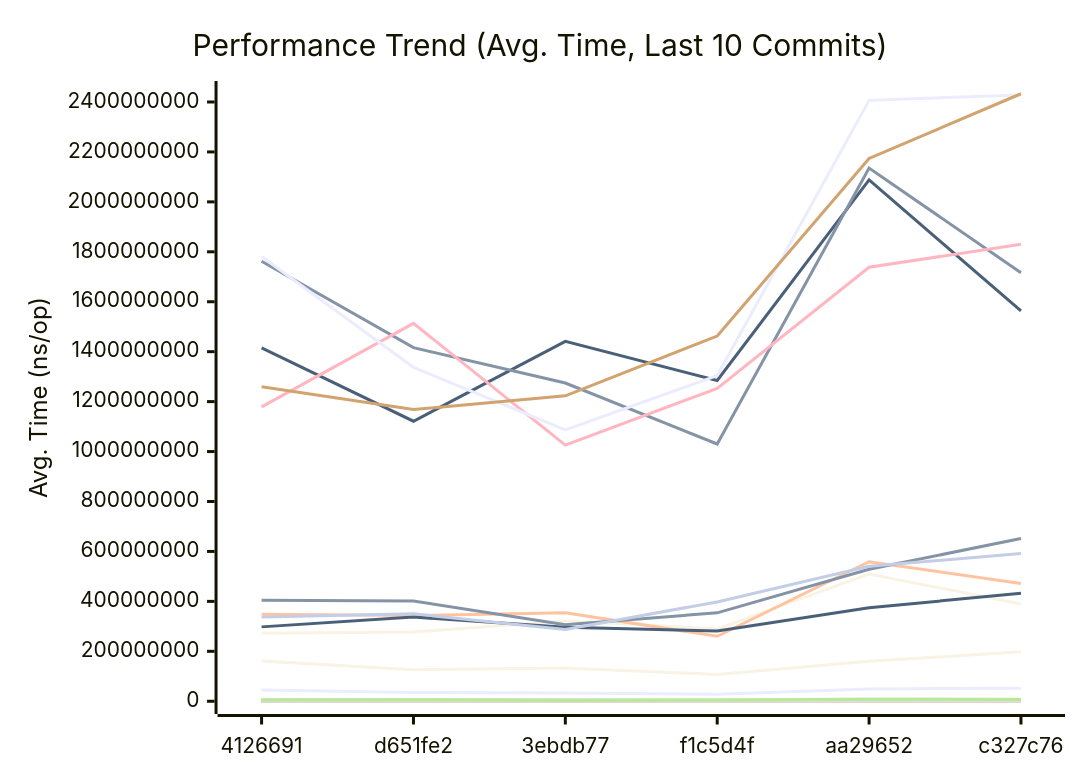
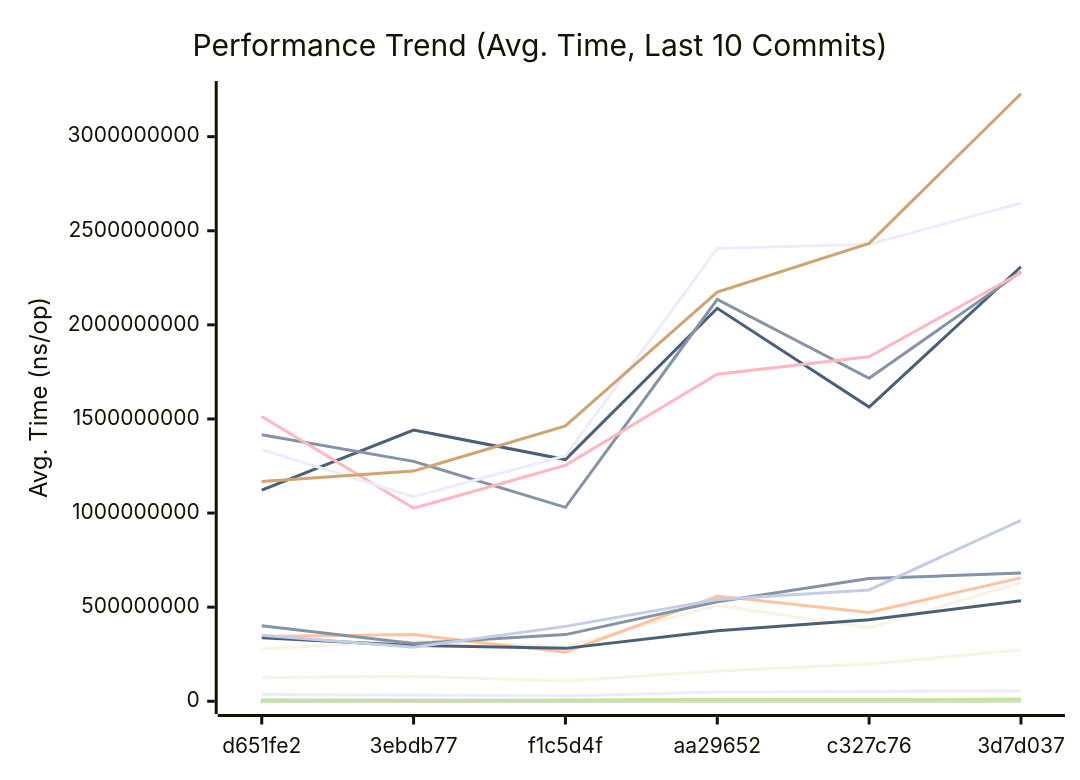
The first of 3 diagrams in docs/PERFORMANCE.md (alsotoes/momo), drawn with Mermaid before and after one commit. The commit also changed other lines of this file and 1 other file, not shown here.

````diff
--- a/docs/PERFORMANCE.md
+++ b/docs/PERFORMANCE.md
@@ -260,44 +260,44 @@
 ```mermaid
 xychart-beta
     title "Performance Trend (Avg. Time, Last 10 Commits)"
     x-axis "Commit"
     y-axis "Avg. Time (ns/op)"
-    x-axis [4126691,d651fe2,3ebdb77,f1c5d4f,aa29652,c327c76]
-    line "AWSChunkedReaderSigned" [756300,663569,620161,606537,1043223,973548,1455699,680259,833482,953309]
-    line "AWSChunkedReaderUnsigned" [703433,611889,631352,615450,1351997,1054695,1128789,889133,730853,858757]
-    line "CheckMetricsAndSwap" [12,13,11,9,18,19,38,17,10,13]
-    line "CrushOptimized" [513,528,381,489,593,643,1042,685,798,468]
-    line "CrushOriginal" [673,697,599,581,856,1307,2029,855,1268,698]
-    line "FormatListObjectsV2XML_AppendFormat" [1286421,1165434,922011,962696,2255056,1630321,4600271,1782191,1061116,1008647]
-    line "FormatListObjectsV2XML_OldFormat" [720703,674915,518253,488621,1103444,888288,1357791,907084,473930,533866]
-    line "HashBytes/1MiB" [5525510,5093044,3747347,5123782,7575501,6664907,7640824,5383828,7555000,5598473]
-    line "HashBytes/256MiB" [1415065243,1121544781,1441434671,1284521850,2087994619,1563281181,2308810918,1405443275,1788061102,1074265335]
-    line "HashBytes/64MiB" [272405322,277104353,321801782,289844742,509860327,389285110,629622654,507641214,422715939,338237103]
-    line "HashFile/1MiB" [4909353,4510294,6901410,4299477,8227082,7078150,8690518,5618671,6533318,4172609]
-    line "HashFile/256MiB" [1761951053,1416186973,1274613971,1030231274,2135226775,1716532942,2281655194,1518211227,1560936348,1431277931]
-    line "HashFile/64MiB" [348425613,343417056,354037155,260223898,558613671,471436906,655531538,397822488,323633746,347435470]
-    line "IndexDirectTracking" [1,1,1,0,1,1,1,1,1,1]
-    line "IndexSearch" [4,4,4,4,5,4,5,5,4,4]
-    line "LastModifiedHeader_AppendFormat" [441,320,312,319,610,638,744,453,385,315]
-    line "LastModifiedHeader_Format" [520,582,394,406,812,695,1046,635,526,444]
-    line "LoadGlobalConfig" [14097,14525,12164,12907,20187,22438,33068,21404,21459,15616]
-    line "LocalWrite/1MiB" [644852,573249,584326,612314,1771010,1395534,1103659,782921,673496,973167]
-    line "LocalWrite/256MiB" [161190175,125958619,133440934,107404943,160392504,197917420,272351029,175219427,179514948,167743774]
-    line "LocalWrite/64MiB" [44891953,35402077,33399170,28308935,49166059,52341255,56218123,42014368,37648886,40720206]
-    line "PadString" [76,63,80,61,211,165,205,86,67,85]
+    x-axis [d651fe2,3ebdb77,f1c5d4f,aa29652,c327c76,3d7d037]
+    line "AWSChunkedReaderSigned" [663569,620161,606537,1043223,973548,1455699,680259,833482,953309,627888]
+    line "AWSChunkedReaderUnsigned" [611889,631352,615450,1351997,1054695,1128789,889133,730853,858757,790951]
+    line "CheckMetricsAndSwap" [13,11,9,18,19,38,17,10,13,15]
+    line "CrushOptimized" [528,381,489,593,643,1042,685,798,468,532]
+    line "CrushOriginal" [697,599,581,856,1307,2029,855,1268,698,834]
+    line "FormatListObjectsV2XML_AppendFormat" [1165434,922011,962696,2255056,1630321,4600271,1782191,1061116,1008647,1406590]
+    line "FormatListObjectsV2XML_OldFormat" [674915,518253,488621,1103444,888288,1357791,907084,473930,533866,813796]
+    line "HashBytes/1MiB" [5093044,3747347,5123782,7575501,6664907,7640824,5383828,7555000,5598473,4921734]
+    line "HashBytes/256MiB" [1121544781,1441434671,1284521850,2087994619,1563281181,2308810918,1405443275,1788061102,1074265335,1131266592]
+    line "HashBytes/64MiB" [277104353,321801782,289844742,509860327,389285110,629622654,507641214,422715939,338237103,382860244]
+    line "HashFile/1MiB" [4510294,6901410,4299477,8227082,7078150,8690518,5618671,6533318,4172609,6261739]
+    line "HashFile/256MiB" [1416186973,1274613971,1030231274,2135226775,1716532942,2281655194,1518211227,1560936348,1431277931,1624300639]
+    line "HashFile/64MiB" [343417056,354037155,260223898,558613671,471436906,655531538,397822488,323633746,347435470,383484634]
+    line "IndexDirectTracking" [1,1,0,1,1,1,1,1,1,1]
+    line "IndexSearch" [4,4,4,5,4,5,5,4,4,4]
+    line "LastModifiedHeader_AppendFormat" [320,312,319,610,638,744,453,385,315,376]
+    line "LastModifiedHeader_Format" [582,394,406,812,695,1046,635,526,444,488]
+    line "LoadGlobalConfig" [14525,12164,12907,20187,22438,33068,21404,21459,15616,14400]
+    line "LocalWrite/1MiB" [573249,584326,612314,1771010,1395534,1103659,782921,673496,973167,928144]
+    line "LocalWrite/256MiB" [125958619,133440934,107404943,160392504,197917420,272351029,175219427,179514948,167743774,160436947]
+    line "LocalWrite/64MiB" [35402077,33399170,28308935,49166059,52341255,56218123,42014368,37648886,40720206,46095057]
+    line "PadString" [63,80,61,211,165,205,86,67,85,80]
     line "ParseReplicationOrder_NoPrealloc" [350,349,357,354,345,225,229,165,232,234]
     line "ParseReplicationOrder_Prealloc" [229,231,237,234,229,108,107,80,110,109]
-    line "Placement" [7040,7327,6313,6933,8102,10527,25580,11321,10377,7200]
-    line "PlacementDomainSpread" [7303,7101,6619,8426,8684,11049,18437,11792,9468,8229]
-    line "ReadVerify/1MiB" [6614208,4999715,4807436,3448579,5630820,6689386,12183182,5670392,7713170,4757418]
-    line "ReadVerify/256MiB" [1179131329,1513480600,1025626350,1253185341,1738129398,1830120119,2276631953,1517577657,1316685724,1223335569]
-    line "ReadVerify/64MiB" [297878657,337113294,296627981,281005831,374198113,432795151,533889680,383828668,451931212,213251291]
-    line "S3PutSpool/1MiB" [5335678,5117449,4156487,6430516,9117398,9491833,12330195,7822144,8408058,8591213]
-    line "S3PutSpool/256MiB" [1781197744,1337418784,1086529024,1304364707,2406472426,2428268969,2647654672,1803968295,2177507350,1816522977]
-    line "S3PutSpool/64MiB" [404192768,401720115,306669378,354128133,528507413,651666227,681227498,429216770,399626051,367182715]
-    line "SanitizeLog/Safe" [423,332,390,316,623,639,645,428,331,547]
-    line "SanitizeLog/Unsafe" [1356,1050,1036,1076,2180,2105,3077,1405,1260,1471]
-    line "TrustedRead/1MiB" [5111302,5878450,3751975,4741810,8367879,7463250,9671314,5650216,4830214,4254033]
-    line "TrustedRead/256MiB" [1259207320,1168045663,1223117446,1462605918,2173767229,2433008029,3228071339,1677679418,2100324369,1186508654]
-    line "TrustedRead/64MiB" [337664579,350083685,287609190,397868130,540269082,591536062,961059323,465018339,305338723,298647819]
+    line "Placement" [7327,6313,6933,8102,10527,25580,11321,10377,7200,8789]
+    line "PlacementDomainSpread" [7101,6619,8426,8684,11049,18437,11792,9468,8229,9655]
+    line "ReadVerify/1MiB" [4999715,4807436,3448579,5630820,6689386,12183182,5670392,7713170,4757418,5869903]
+    line "ReadVerify/256MiB" [1513480600,1025626350,1253185341,1738129398,1830120119,2276631953,1517577657,1316685724,1223335569,2116170500]
+    line "ReadVerify/64MiB" [337113294,296627981,281005831,374198113,432795151,533889680,383828668,451931212,213251291,512922822]
+    line "S3PutSpool/1MiB" [5117449,4156487,6430516,9117398,9491833,12330195,7822144,8408058,8591213,6157166]
+    line "S3PutSpool/256MiB" [1337418784,1086529024,1304364707,2406472426,2428268969,2647654672,1803968295,2177507350,1816522977,1227464198]
+    line "S3PutSpool/64MiB" [401720115,306669378,354128133,528507413,651666227,681227498,429216770,399626051,367182715,399702230]
+    line "SanitizeLog/Safe" [332,390,316,623,639,645,428,331,547,453]
+    line "SanitizeLog/Unsafe" [1050,1036,1076,2180,2105,3077,1405,1260,1471,1234]
+    line "TrustedRead/1MiB" [5878450,3751975,4741810,8367879,7463250,9671314,5650216,4830214,4254033,7751297]
+    line "TrustedRead/256MiB" [1168045663,1223117446,1462605918,2173767229,2433008029,3228071339,1677679418,2100324369,1186508654,1267006234]
+    line "TrustedRead/64MiB" [350083685,287609190,397868130,540269082,591536062,961059323,465018339,305338723,298647819,415837736]
 ```
````
